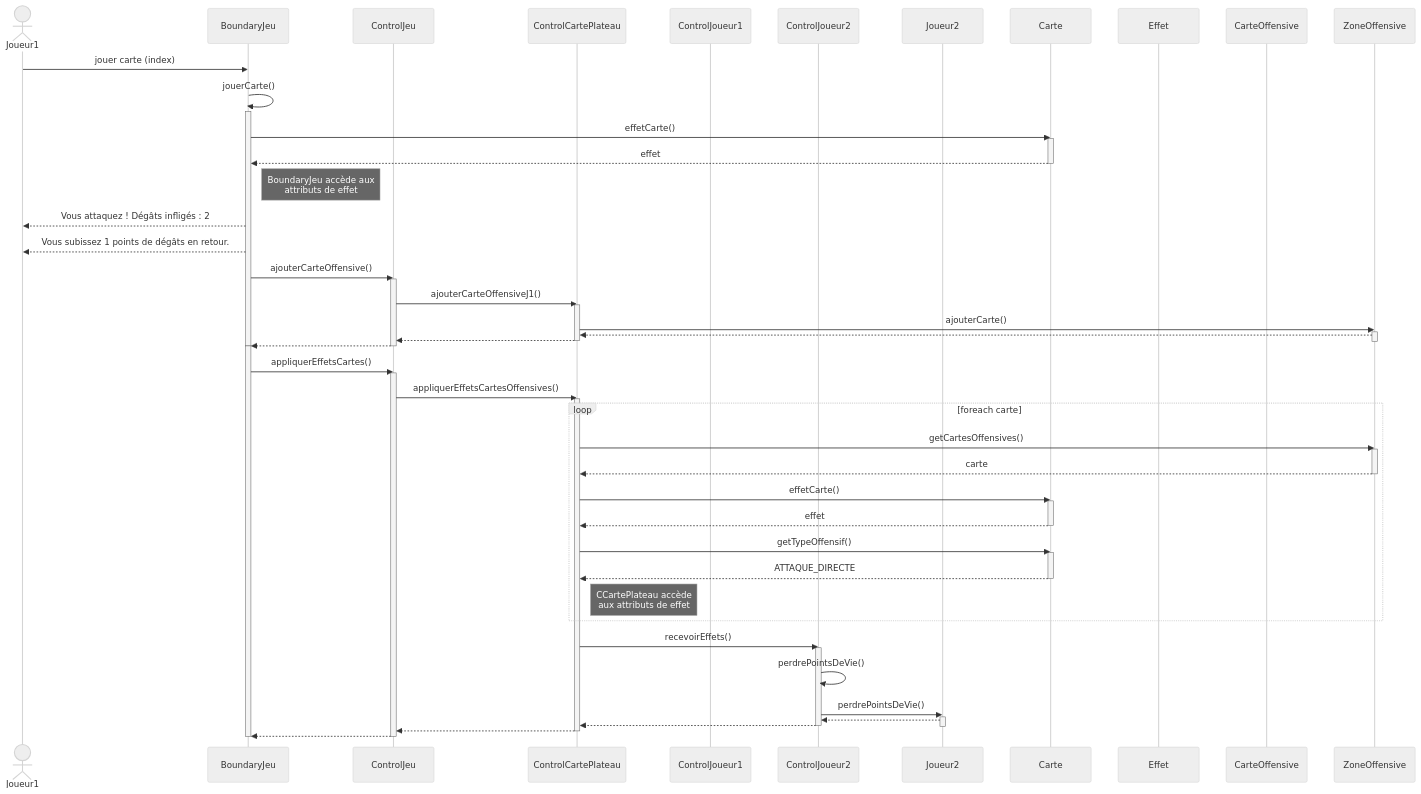
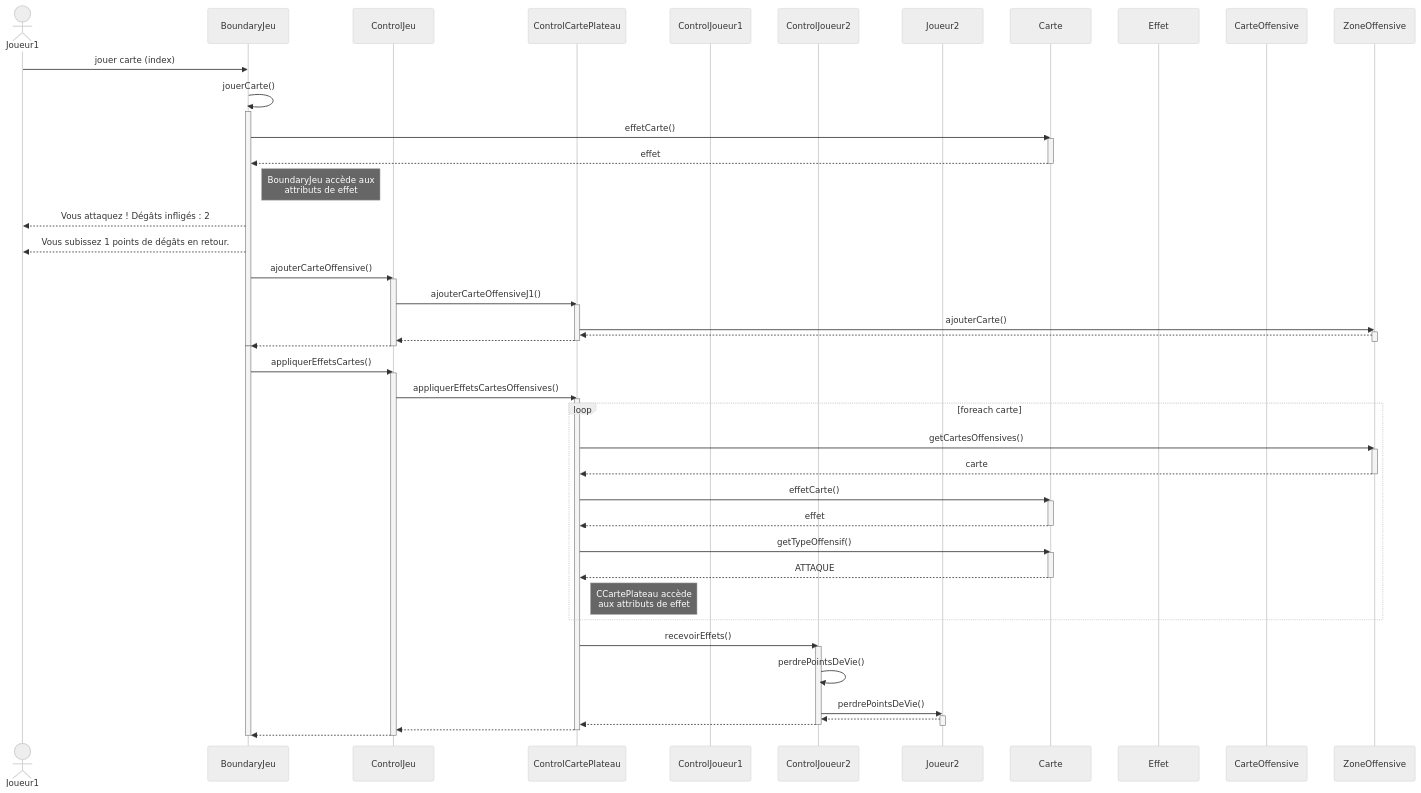
The diagram in UML sequence.md (coco875/ProjetPirate), drawn with Mermaid (neutral theme) before and after one commit. The commit also changed 31 other files, not shown here.

```diff
--- a/UML sequence.md
+++ b/UML sequence.md
@@ -75,7 +75,7 @@
 
         ControlCartePlateau->>Carte: getTypeOffensif()
         activate Carte
-        Carte-->>ControlCartePlateau: ATTAQUE_DIRECTE
+        Carte-->>ControlCartePlateau: ATTAQUE
         deactivate Carte
 
         Note right of ControlCartePlateau: CCartePlateau accède <br/>aux attributs de effet
```
